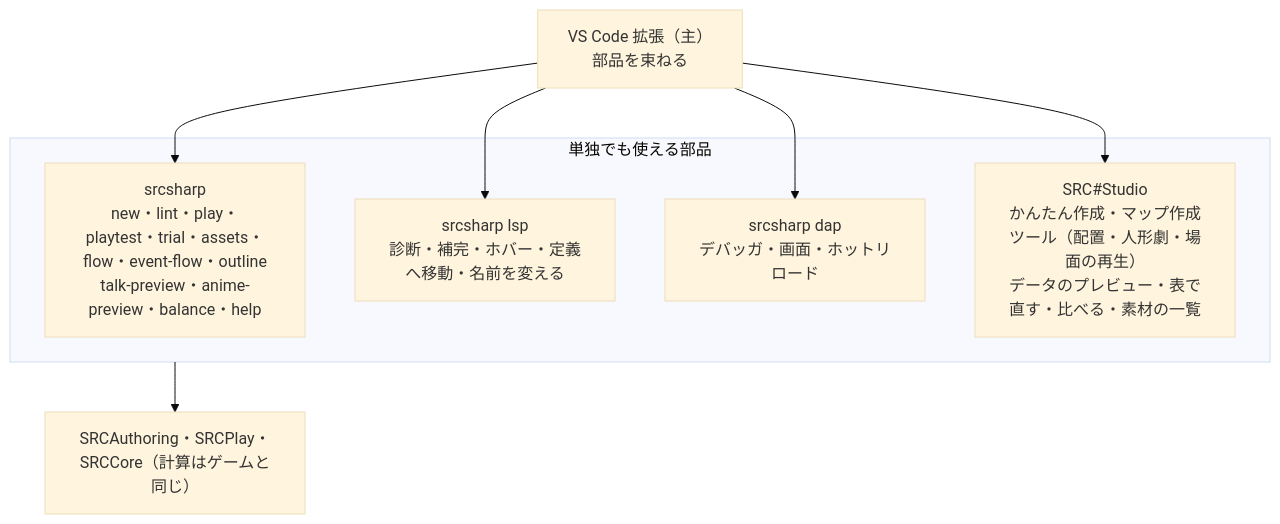
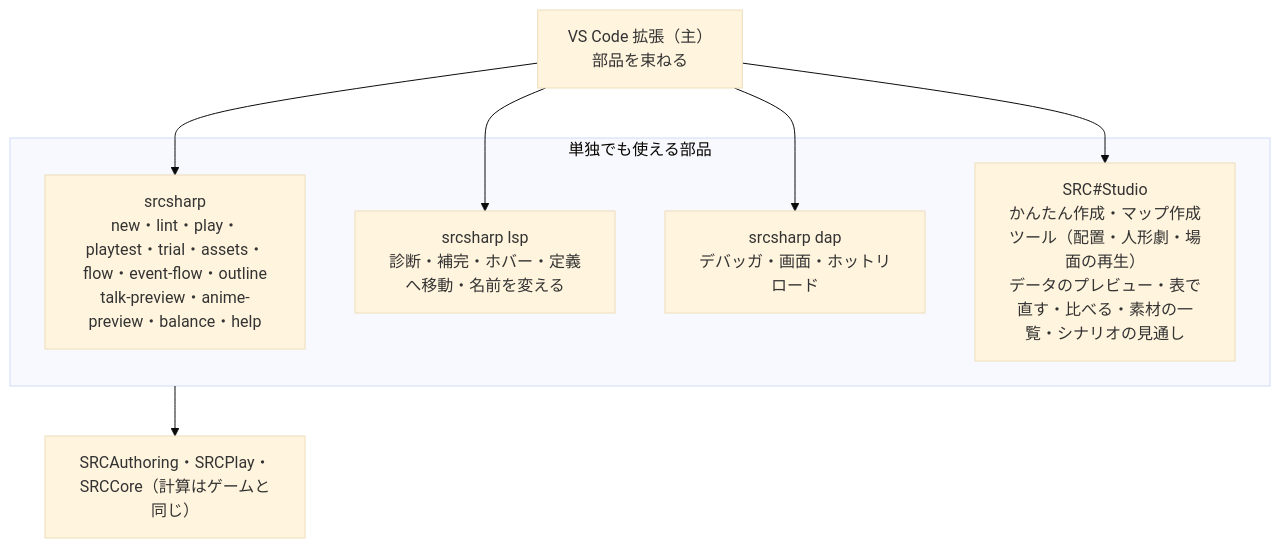
Before and after one commit to 7474/SRC: the second of 2 diagrams in docs/tools/authoring.md, drawn with Mermaid (base theme). The commit also changed other lines of this file and 16 other files, not shown here.

First line of the commit message:
シナリオの見通しを SRC#Studio の画面で出し、台本の行から会話の見た目を出す

````diff
--- a/docs/tools/authoring.md
+++ b/docs/tools/authoring.md
@@ -47,12 +47,12 @@
 ```mermaid
 flowchart TB
   VSCode["VS Code 拡張（主）<br/>部品を束ねる"]
   subgraph Parts["単独でも使える部品"]
     CLI["srcsharp<br/>new・lint・play・playtest・trial・assets・flow・event-flow・outline<br/>talk-preview・anime-preview・balance・help"]
     LSP["srcsharp lsp<br/>診断・補完・ホバー・定義へ移動・名前を変える"]
     DAP["srcsharp dap<br/>デバッガ・画面・ホットリロード"]
-    Studio["SRC#Studio<br/>かんたん作成・マップ作成ツール（配置・人形劇・場面の再生）<br/>データのプレビュー・表で直す・比べる・素材の一覧"]
+    Studio["SRC#Studio<br/>かんたん作成・マップ作成ツール（配置・人形劇・場面の再生）<br/>データのプレビュー・表で直す・比べる・素材の一覧・シナリオの見通し"]
   end
   VSCode --> CLI & LSP & DAP & Studio
   Parts --> Core["SRCAuthoring・SRCPlay・SRCCore（計算はゲームと同じ）"]
 ```
````
